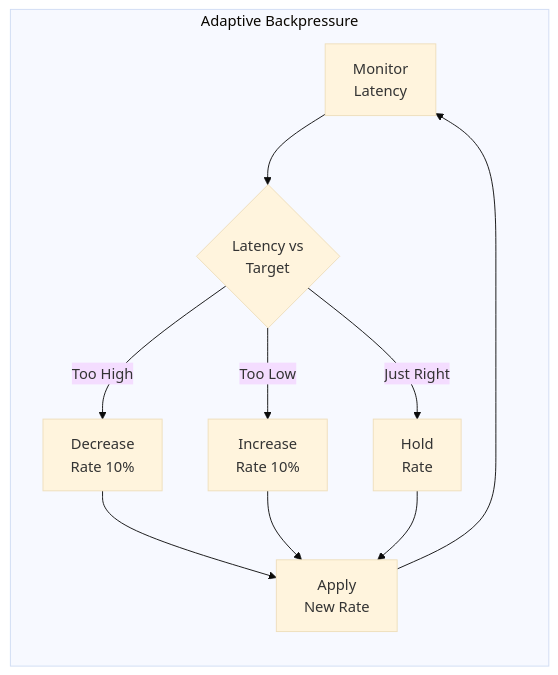
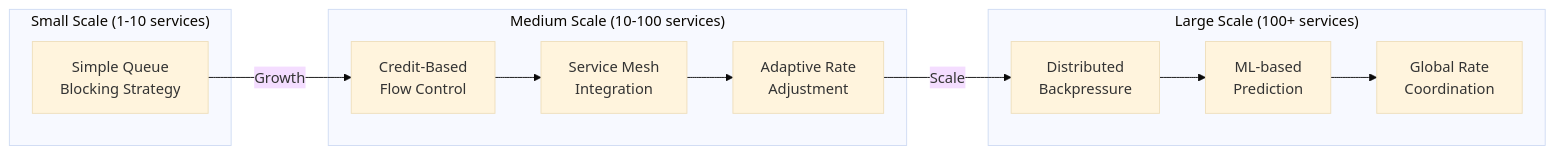
The fourth of 6 diagrams in docs/pattern-library/scaling/backpressure.md (deepaucksharma/DStudio), drawn with Mermaid (base theme) before and after one commit. The commit also changed other lines of this file and 23 other files, not shown here.

````diff
--- a/docs/pattern-library/scaling/backpressure.md
+++ b/docs/pattern-library/scaling/backpressure.md
@@ -237,13 +242,25 @@
 ```mermaid
 graph LR
-    subgraph "Adaptive Backpressure"
-        M[Monitor<br/>Latency] --> D{Latency vs<br/>Target}
-        D -->|Too High| Dec[Decrease<br/>Rate 10%]
-        D -->|Too Low| Inc[Increase<br/>Rate 10%]
-        D -->|Just Right| Hold[Hold<br/>Rate]
-        Dec --> A[Apply<br/>New Rate]
-        Inc --> A
-        Hold --> A
-        A --> M
+    subgraph "Small Scale (1-10 services)"
+        A1[Simple Queue<br/>Blocking Strategy]
     end
+    
+    subgraph "Medium Scale (10-100 services)"
+        B1[Credit-Based<br/>Flow Control]
+        B2[Service Mesh<br/>Integration]
+        B3[Adaptive Rate<br/>Adjustment]
+        B1 --> B2
+        B2 --> B3
+    end
+    
+    subgraph "Large Scale (100+ services)"
+        C1[Distributed<br/>Backpressure]
+        C2[ML-based<br/>Prediction]
+        C3[Global Rate<br/>Coordination]
+        C1 --> C2
+        C2 --> C3
+    end
+    
+    A1 -->|Growth| B1
+    B3 -->|Scale| C1
 ```
````
